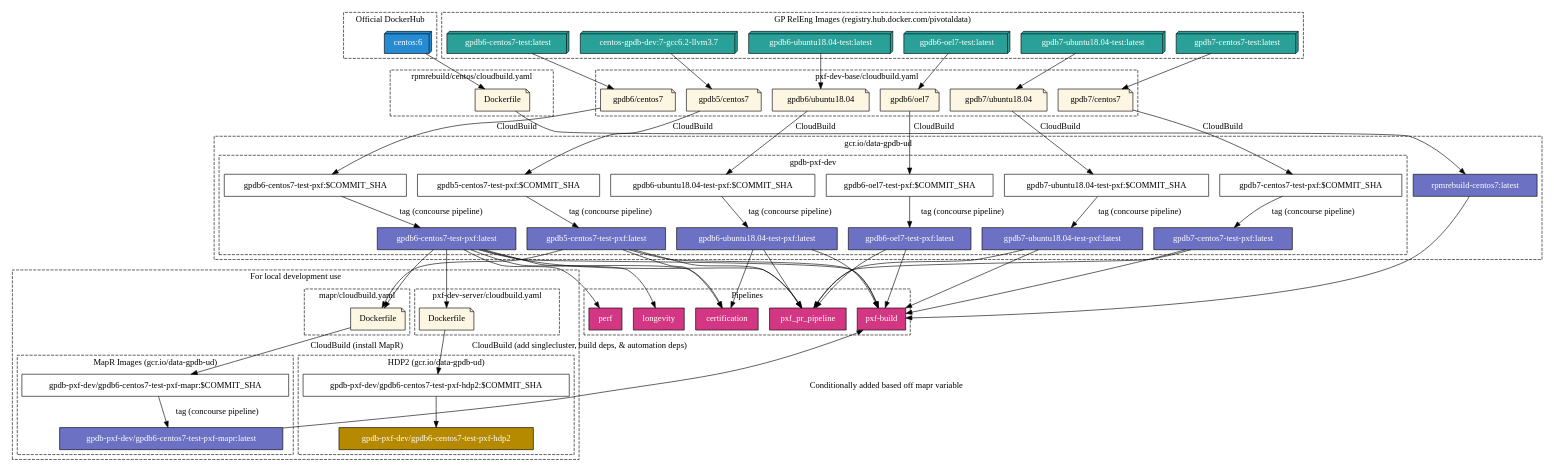
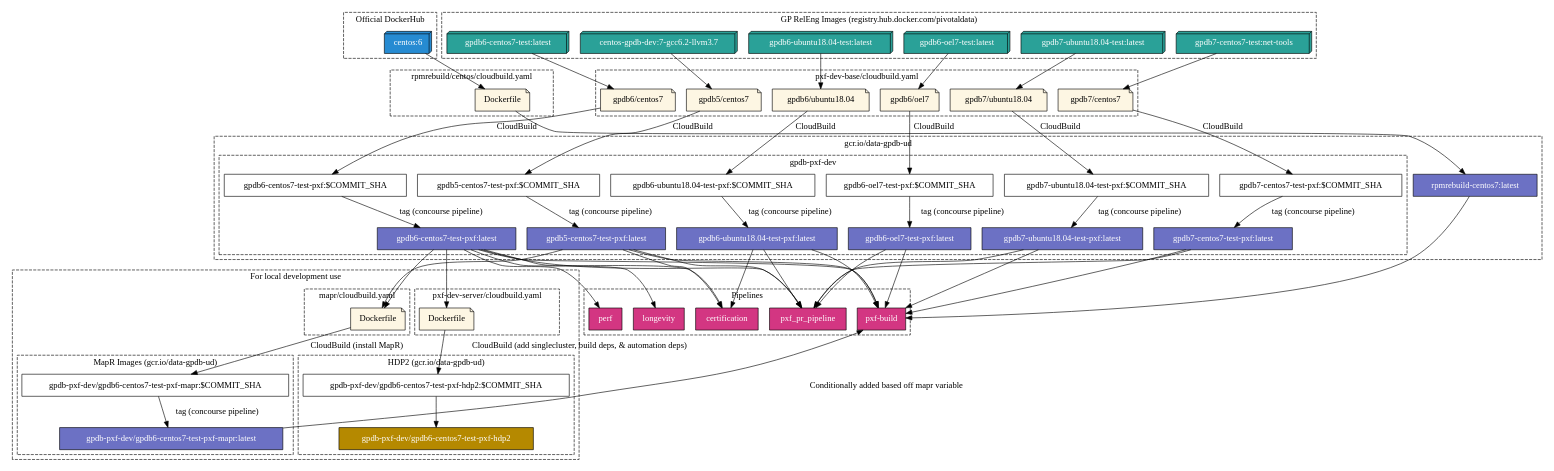
One commit to zhaoyuan2022/pxf-pdb changed the diagram in concourse/docker/diagram/images.dot. Above: the diagram before and after it, drawn with Graphviz. The commit also changed 4 other files, not shown here.

First line of the commit message:
Switch base image tag to net-tools gpdb7-centos7-test-pxf (#743)

```diff
--- a/concourse/docker/diagram/images.dot
+++ b/concourse/docker/diagram/images.dot
@@ -1,189 +1,189 @@
 digraph pxf_container_image_flow {
     subgraph cluster_dockerhub {
         label = "Official DockerHub"
         style=dashed
         node [shape=box3d fillcolor="#268bd2" style=filled fontcolor=white]
 
         centos6[label="centos:6"]
     }
 
     # DockerHub pivotaldata images
     subgraph cluster_pivotaldata {
         label="GP RelEng Images (registry.hub.docker.com/pivotaldata)"
         style=dashed
         node [shape=box3d fillcolor="#2aa198" style=filled fontcolor=white]
         gp5_centos7_latest[label="centos-gpdb-dev:7-gcc6.2-llvm3.7"]
         gp6_centos7_latest[label="gpdb6-centos7-test:latest"]
         gp6_ubuntu18_latest[label="gpdb6-ubuntu18.04-test:latest"]
         gp6_oel7_latest[label="gpdb6-oel7-test:latest"]
-        gp7_centos7_latest[label="gpdb7-centos7-test:latest"]
+        gp7_centos7_latest[label="gpdb7-centos7-test:net-tools"]
         gp7_ubuntu18_latest[label="gpdb7-ubuntu18.04-test:latest"]
     }
 
     # PXF Cloudbuild & Dockerfiles
     subgraph cluster_pxf_dev_base {
         label = "pxf-dev-base/cloudbuild.yaml"
         style=dashed
         node [shape=note fillcolor="#fdf6e3" style=filled]
 
         gp5_centos7_dockerfile[label="gpdb5/centos7"]
         gp6_centos7_dockerfile[label="gpdb6/centos7"]
         gp6_ubuntu18_dockerfile[label="gpdb6/ubuntu18.04"]
         gp6_oel7_dockerfile[label="gpdb6/oel7"]
         gp7_centos7_dockerfile[label="gpdb7/centos7"]
         gp7_ubuntu18_dockerfile[label="gpdb7/ubuntu18.04"]
 
     }
 
     subgraph cluster_rpmrebuild {
         label = "rpmrebuild/centos/cloudbuild.yaml"
         style=dashed
         node [shape=note fillcolor="#fdf6e3" style=filled]
 
         rpm_docker[label="Dockerfile"]
     }
 
     # UD GCR images
     subgraph cluster_gcr_data_gpdb_ud {
         label = "gcr.io/data-gpdb-ud"
         style=dashed
         node [shape=box]
 
         subgraph cluster_gpdb_pxf_dev {
             label = "gpdb-pxf-dev"
             style=dashed
             node [shape=box]
 
             gp5_centos7_pxf_sha[label="gpdb5-centos7-test-pxf:$COMMIT_SHA"]
             gp6_centos7_pxf_sha[label="gpdb6-centos7-test-pxf:$COMMIT_SHA"]
             gp6_ubuntu18_pxf_sha[label="gpdb6-ubuntu18.04-test-pxf:$COMMIT_SHA"]
             gp6_oel7_pxf_sha[label="gpdb6-oel7-test-pxf:$COMMIT_SHA"]
             gp7_centos7_pxf_sha[label="gpdb7-centos7-test-pxf:$COMMIT_SHA"]
             gp7_ubuntu18_pxf_sha[label="gpdb7-ubuntu18.04-test-pxf:$COMMIT_SHA"]
 
             gp5_centos7_pxf_latest[label="gpdb5-centos7-test-pxf:latest" style=filled fillcolor="#6c71c4" fontcolor=white]
             gp6_centos7_pxf_latest[label="gpdb6-centos7-test-pxf:latest" style=filled fillcolor="#6c71c4" fontcolor=white]
             gp6_ubuntu18_pxf_latest[label="gpdb6-ubuntu18.04-test-pxf:latest" style=filled fillcolor="#6c71c4" fontcolor=white]
             gp6_oel7_pxf_latest[label="gpdb6-oel7-test-pxf:latest" style=filled fillcolor="#6c71c4" fontcolor=white]
             gp7_centos7_pxf_latest[label="gpdb7-centos7-test-pxf:latest" style=filled fillcolor="#6c71c4" fontcolor=white]
             gp7_ubuntu18_pxf_latest[label="gpdb7-ubuntu18.04-test-pxf:latest" style=filled fillcolor="#6c71c4" fontcolor=white]
         }
 
         rpm_centos7_latest[label="rpmrebuild-centos7:latest" style=filled fillcolor="#6c71c4" fontcolor=white]
     }
 
     subgraph cluster_pipelines {
         label = "Pipelines"
         style=dashed
         node [shape=box style=filled fillcolor="#d33682 " fontcolor=white]
 
         certification
         perf
         longevity
         build[label="pxf-build"]
         pr[label="pxf_pr_pipeline"]
     }
 
     subgraph cluster_local_use_only {
             label = "For local development use"
             style=dashed
             node [shape=box]
 
         subgraph cluster_pxf_dev_server {
             label = "pxf-dev-server/cloudbuild.yaml"
             style=dashed
             node [shape=note fillcolor="#fdf6e3" style=filled]
 
             server_dockerfile[label="Dockerfile"]
         }
 
         subgraph cluster_mapr {
             label = "mapr/cloudbuild.yaml"
             style=dashed
             node [shape=note fillcolor="#fdf6e3" style=filled]
 
             mapr_dockerfile[label="Dockerfile"]
 
         }
 
         subgraph cluster_gcr_data_gpdb_ud_mapr {
             label = "MapR Images (gcr.io/data-gpdb-ud)"
             style=dashed
             node [shape=box]
             gp6_centos7_pxf_mapr_sha[label="gpdb-pxf-dev/gpdb6-centos7-test-pxf-mapr:$COMMIT_SHA"]
             gp6_centos7_pxf_mapr_latest[label="gpdb-pxf-dev/gpdb6-centos7-test-pxf-mapr:latest" style=filled fillcolor="#6c71c4" fontcolor=white]
 
         }
 
         subgraph cluster_gcr_data_gpdb_ud_hdp2 {
             label = "HDP2 (gcr.io/data-gpdb-ud)"
             style=dashed
             node [shape=box]
             gp6_centos7_pxf_hdp2_sha[label="gpdb-pxf-dev/gpdb6-centos7-test-pxf-hdp2:$COMMIT_SHA"]
             gp6_centos7_pxf_hdp2_latest[label="gpdb-pxf-dev/gpdb6-centos7-test-pxf-hdp2" style=filled fillcolor="#b58900" fontcolor=white]
         }
     }
     gp5_centos7_latest -> gp5_centos7_dockerfile
     gp5_centos7_dockerfile -> gp5_centos7_pxf_sha[label="CloudBuild"]
     gp5_centos7_pxf_sha -> gp5_centos7_pxf_latest[label="tag (concourse pipeline)"]
 
     gp6_centos7_latest -> gp6_centos7_dockerfile
     gp6_centos7_dockerfile -> gp6_centos7_pxf_sha[label="CloudBuild"]
     gp6_centos7_pxf_sha -> gp6_centos7_pxf_latest[label="tag (concourse pipeline)"]
 
     gp6_ubuntu18_latest -> gp6_ubuntu18_dockerfile
     gp6_ubuntu18_dockerfile -> gp6_ubuntu18_pxf_sha[label="CloudBuild"]
     gp6_ubuntu18_pxf_sha -> gp6_ubuntu18_pxf_latest[label="tag (concourse pipeline)"]
 
     gp6_oel7_latest -> gp6_oel7_dockerfile
     gp6_oel7_dockerfile -> gp6_oel7_pxf_sha[label="CloudBuild"]
     gp6_oel7_pxf_sha -> gp6_oel7_pxf_latest[label="tag (concourse pipeline)"]
 
     gp7_centos7_latest -> gp7_centos7_dockerfile
     gp7_centos7_dockerfile -> gp7_centos7_pxf_sha[label="CloudBuild"]
     gp7_centos7_pxf_sha -> gp7_centos7_pxf_latest[label="tag (concourse pipeline)"]
 
     gp7_ubuntu18_latest -> gp7_ubuntu18_dockerfile
     gp7_ubuntu18_dockerfile -> gp7_ubuntu18_pxf_sha[label="CloudBuild"]
     gp7_ubuntu18_pxf_sha -> gp7_ubuntu18_pxf_latest[label="tag (concourse pipeline)"]
 
     centos6 -> rpm_docker
     rpm_docker -> rpm_centos7_latest
 
     gp5_centos7_pxf_latest -> mapr_dockerfile
     gp6_centos7_pxf_latest -> mapr_dockerfile
     mapr_dockerfile -> gp6_centos7_pxf_mapr_sha[label="CloudBuild (install MapR)"]
     gp6_centos7_pxf_mapr_sha -> gp6_centos7_pxf_mapr_latest[label="tag (concourse pipeline)"]
 
     gp6_centos7_pxf_latest -> server_dockerfile
     server_dockerfile -> gp6_centos7_pxf_hdp2_sha[label="CloudBuild (add singlecluster, build deps, & automation deps)"]
     gp6_centos7_pxf_hdp2_sha -> gp6_centos7_pxf_hdp2_latest
 
     gp5_centos7_pxf_latest -> certification
     gp5_centos7_pxf_latest -> build
     gp5_centos7_pxf_latest -> pr
 
     gp6_centos7_pxf_latest -> certification
     gp6_centos7_pxf_latest -> longevity
     gp6_centos7_pxf_latest -> perf
     gp6_centos7_pxf_latest -> build
     gp6_centos7_pxf_latest -> pr
 
     gp6_ubuntu18_pxf_latest -> certification
     gp6_ubuntu18_pxf_latest -> build
     gp6_ubuntu18_pxf_latest -> pr
 
     gp6_oel7_pxf_latest -> build
     gp6_oel7_pxf_latest -> pr
 
     gp7_centos7_pxf_latest -> build
     gp7_centos7_pxf_latest -> pr
 
     gp7_ubuntu18_pxf_latest -> build
     gp7_ubuntu18_pxf_latest -> pr
 
     rpm_centos7_latest -> build
 
     gp6_centos7_pxf_mapr_latest -> build[label="Conditionally added based off mapr variable"]
 
 }
```
